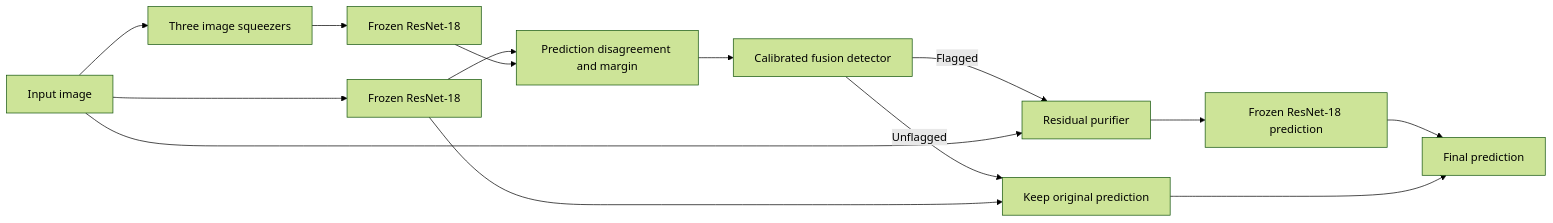
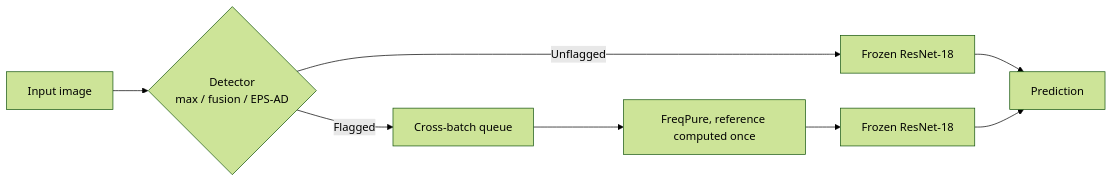
One commit to yyifan-Onyen/adversarial-image-defense changed the diagram in README.md. Above: the diagram before and after it, drawn with Mermaid (forest theme). The commit also changed other lines of this file and 42 other files, not shown here.

First line of the commit message:
Add EPS-AD and FreqPure experiments

````diff
--- a/README.md
+++ b/README.md
@@ -21,16 +25,10 @@
 ```mermaid
 flowchart LR
-    x[Input image] --> f[Frozen ResNet-18]
-    x --> s[Three image squeezers]
-    s --> f2[Frozen ResNet-18]
-    f --> d[Prediction disagreement and margin]
-    f2 --> d
-    d --> g[Calibrated fusion detector]
-    g -->|Flagged| p[Residual purifier]
-    x --> p
-    g -->|Unflagged| o[Keep original prediction]
-    f --> o
-    p --> c[Frozen ResNet-18 prediction]
-    c --> r[Final prediction]
-    o --> r
+    x[Input image] --> d{Detector<br/>max / fusion / EPS-AD}
+    d -->|Unflagged| f[Frozen ResNet-18]
+    d -->|Flagged| q[Cross-batch queue]
+    q --> p[FreqPure, reference computed once]
+    p --> f2[Frozen ResNet-18]
+    f --> r[Prediction]
+    f2 --> r
 ```
````
